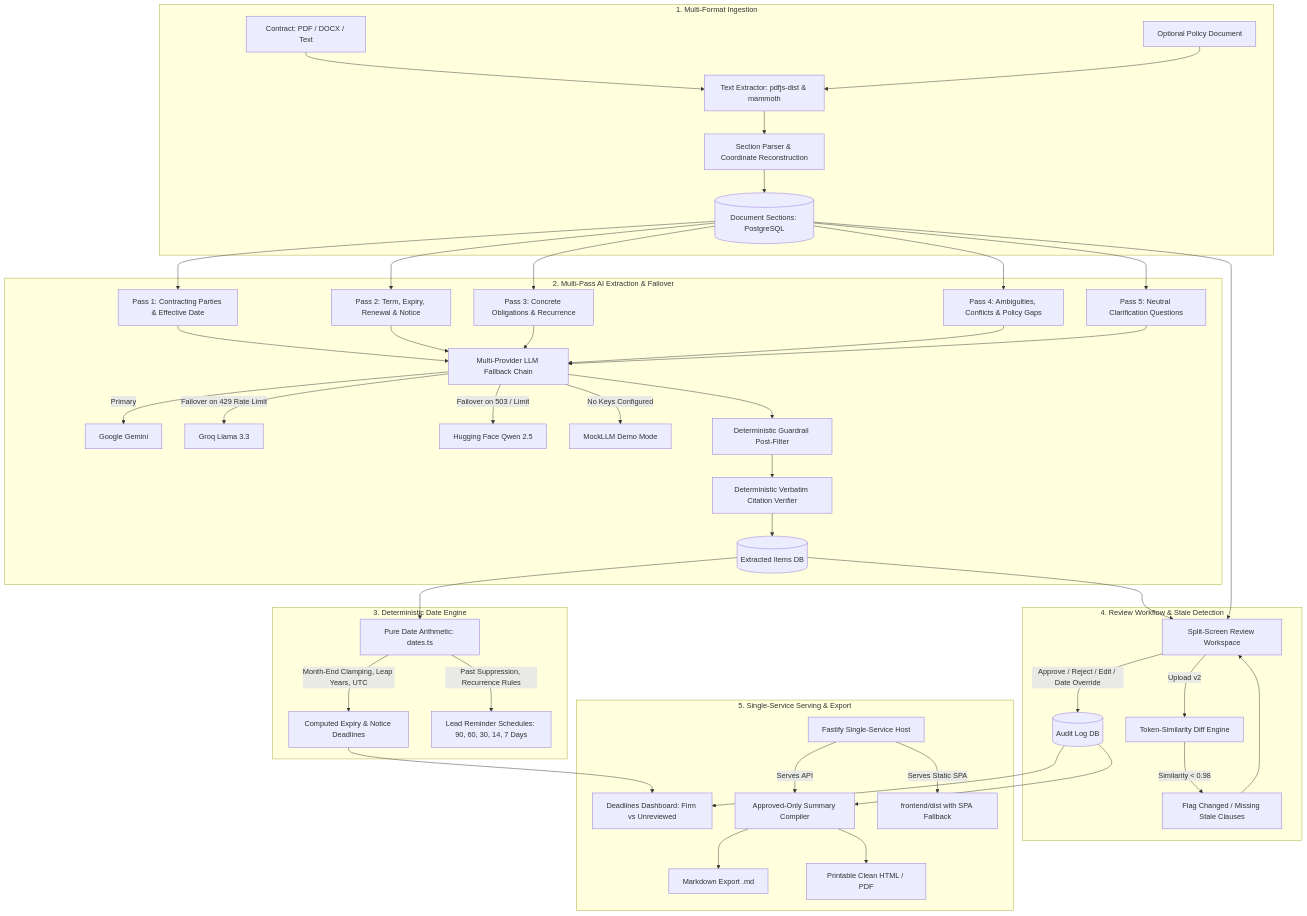
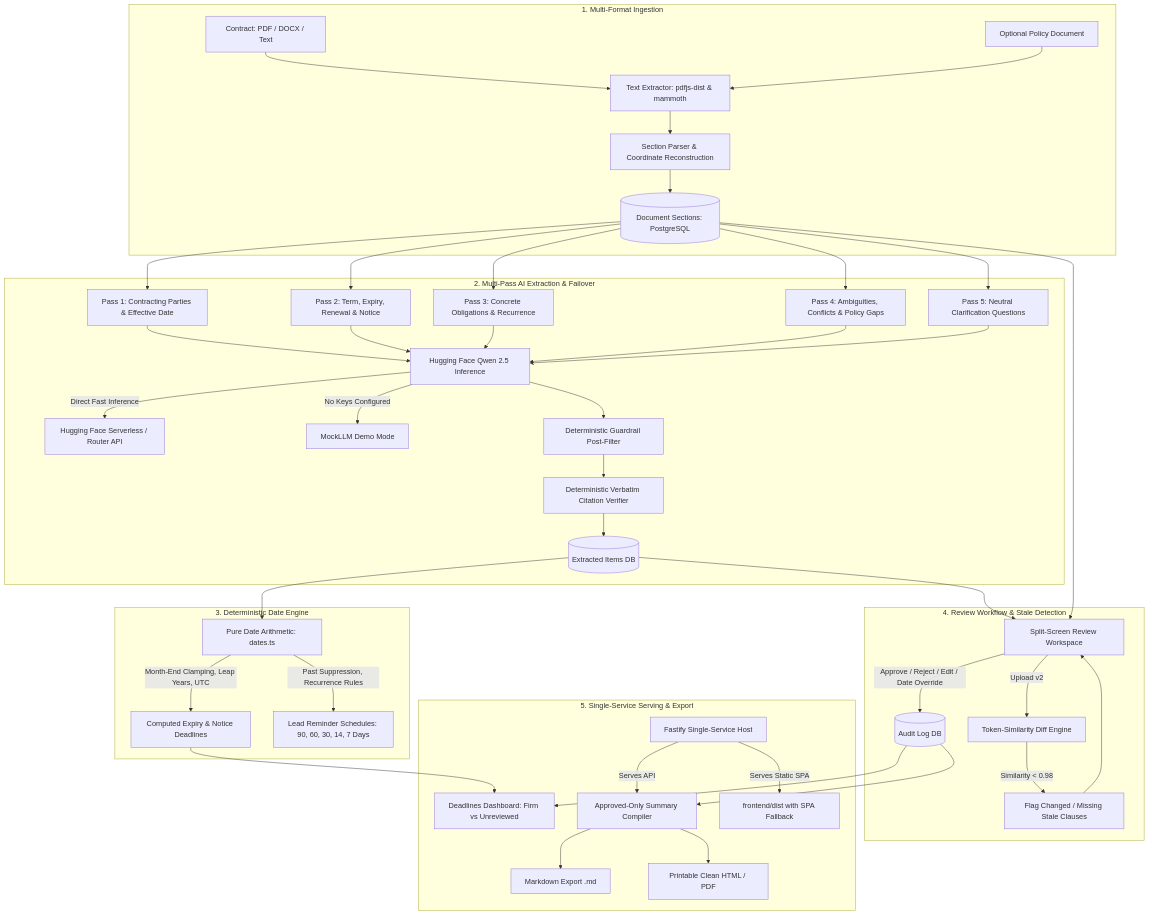
One commit to aggisanjay/Contract-Obligation-and-Renewal-Assistant changed the diagram in README.md. Above: the diagram before and after it, drawn with Mermaid. The commit also changed other lines of this file and 3 other files, not shown here.

````diff
--- a/README.md
+++ b/README.md
@@ -33,51 +33,49 @@
 ```mermaid
 flowchart TD
     subgraph Ingestion ["1. Multi-Format Ingestion"]
         A[Contract: PDF / DOCX / Text] --> B[Text Extractor: pdfjs-dist & mammoth]
         P[Optional Policy Document] --> B
         B --> C[Section Parser & Coordinate Reconstruction]
         C --> D[(Document Sections: PostgreSQL)]
     end
 
     subgraph Pipeline ["2. Multi-Pass AI Extraction & Failover"]
         D --> E1[Pass 1: Contracting Parties & Effective Date]
         D --> E2[Pass 2: Term, Expiry, Renewal & Notice]
         D --> E3[Pass 3: Concrete Obligations & Recurrence]
         D --> E4[Pass 4: Ambiguities, Conflicts & Policy Gaps]
         D --> E5[Pass 5: Neutral Clarification Questions]
         
-        E1 & E2 & E3 & E4 & E5 --> F[Multi-Provider LLM Fallback Chain]
-        F -->|Primary| F1[Google Gemini]
-        F -->|Failover on 429 Rate Limit| F2[Groq Llama 3.3]
-        F -->|Failover on 503 / Limit| F3[Hugging Face Qwen 2.5]
+        E1 & E2 & E3 & E4 & E5 --> F[Hugging Face Qwen 2.5 Inference]
+        F -->|Direct Fast Inference| F1[Hugging Face Serverless / Router API]
         F -->|No Keys Configured| F4[MockLLM Demo Mode]
 
         F --> G[Deterministic Guardrail Post-Filter]
         G --> H[Deterministic Verbatim Citation Verifier]
         H --> I[(Extracted Items DB)]
     end
 
     subgraph DeterministicEngine ["3. Deterministic Date Engine"]
         I --> J[Pure Date Arithmetic: dates.ts]
         J -->|Month-End Clamping, Leap Years, UTC| K[Computed Expiry & Notice Deadlines]
         J -->|Past Suppression, Recurrence Rules| L[Lead Reminder Schedules: 90, 60, 30, 14, 7 Days]
     end
 
     subgraph HumanReview ["4. Review Workflow & Stale Detection"]
         I --> M[Split-Screen Review Workspace]
         D --> M
         M -->|Approve / Reject / Edit / Date Override| N[(Audit Log DB)]
         M -->|Upload v2| O[Token-Similarity Diff Engine]
         O -->|Similarity < 0.98| P3[Flag Changed / Missing Stale Clauses]
         P3 --> M
     end
 
     subgraph Output ["5. Single-Service Serving & Export"]
         N & K --> Q[Deadlines Dashboard: Firm vs Unreviewed]
         N --> R[Approved-Only Summary Compiler]
         R --> S1[Markdown Export .md]
         R --> S2[Printable Clean HTML / PDF]
         Fastify[Fastify Single-Service Host] -->|Serves API| R
         Fastify -->|Serves Static SPA| SPA[frontend/dist with SPA Fallback]
     end
 ```
````
